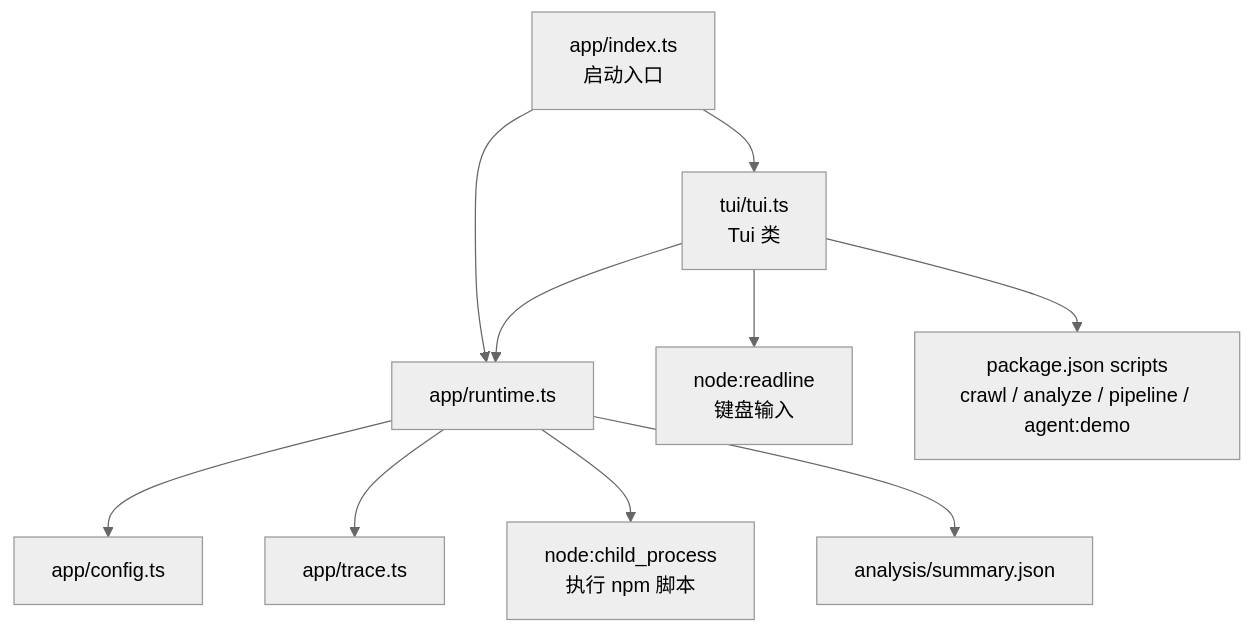
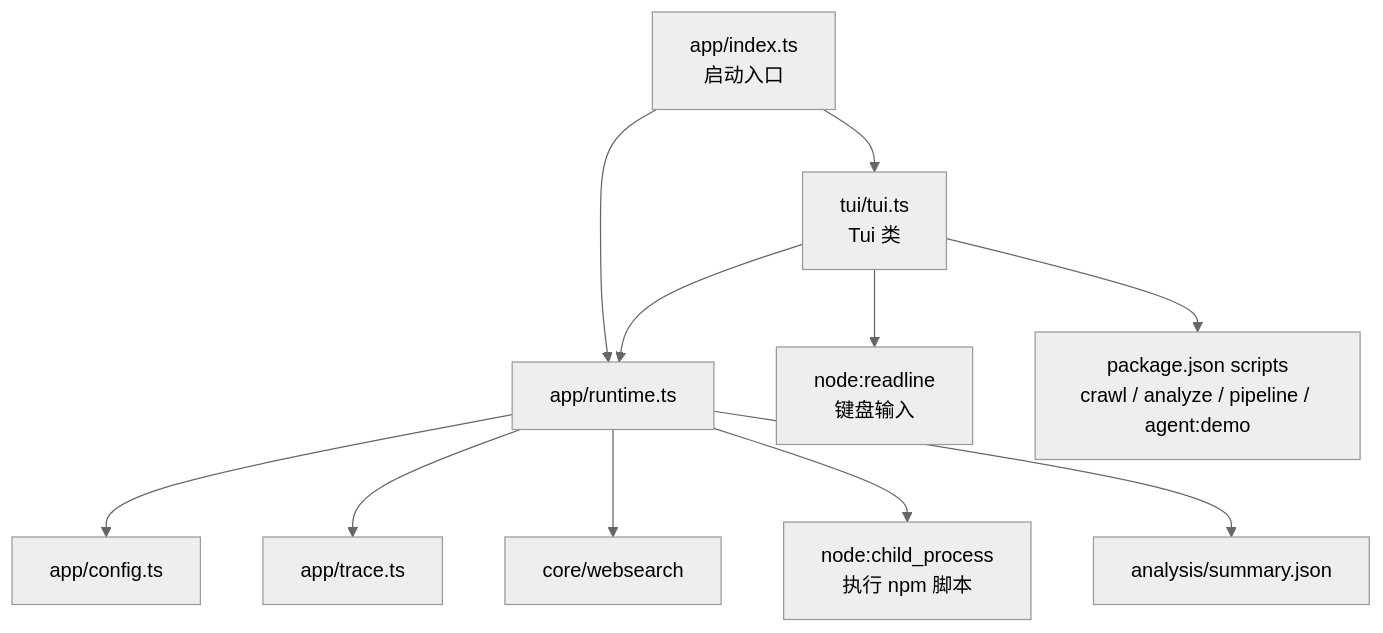
The diagram in src/app/tui/tui.md (zws2005/douban-top250-crawler), drawn with Mermaid (neutral theme) before and after one commit. The commit also changed other lines of this file and 25 other files, not shown here.

````diff
--- a/src/app/tui/tui.md
+++ b/src/app/tui/tui.md
@@ -32,12 +32,13 @@
 ```mermaid
 graph TD
   INDEX["app/index.ts<br/>启动入口"] --> RUNTIME["app/runtime.ts"]
   INDEX --> TUI["tui/tui.ts<br/>Tui 类"]
   TUI --> RUNTIME
   RUNTIME --> CONFIG["app/config.ts"]
   RUNTIME --> TRACE["app/trace.ts"]
+  RUNTIME --> WEBSEARCH["core/websearch"]
   RUNTIME --> CHILD["node:child_process<br/>执行 npm 脚本"]
   RUNTIME --> SUMMARY["analysis/summary.json"]
   TUI --> READLINE["node:readline<br/>键盘输入"]
   TUI --> SCRIPTS["package.json scripts<br/>crawl / analyze / pipeline / agent:demo"]
 ```
````
